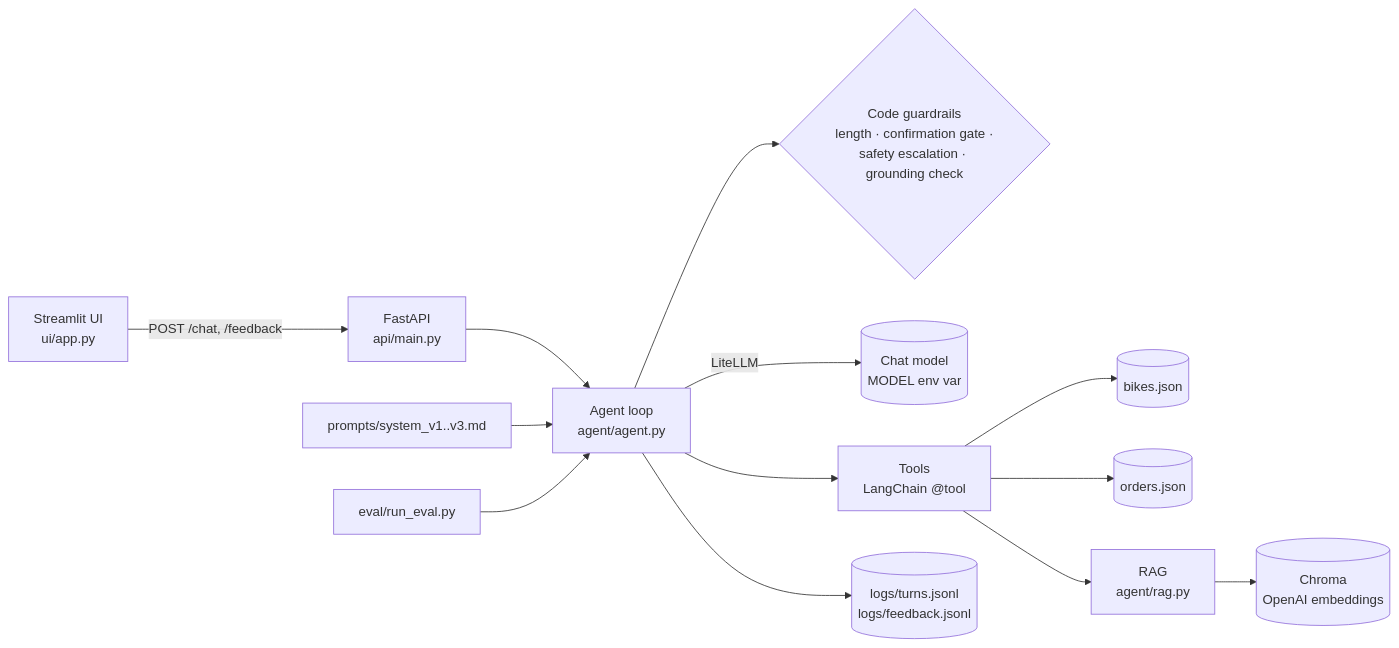
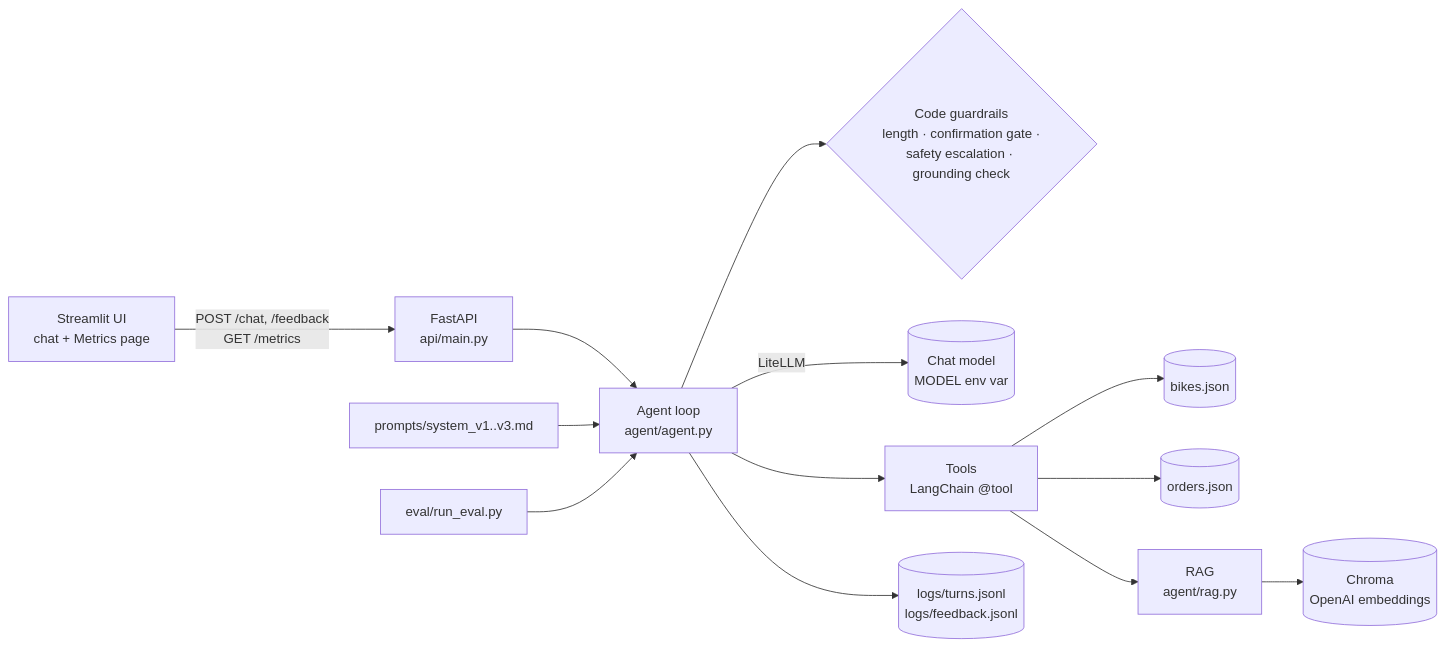
Before and after one commit to ShakibaShahidiani/bike-support-agent: the diagram in README.md, drawn with Mermaid. The commit also changed other lines of this file and 4 other files, not shown here.

Commit message:
Metrics: GET /metrics and a Streamlit Metrics page (CSAT proxy, latency p50/p95, cost, escalation/fallback rates per prompt version)

````diff
--- a/README.md
+++ b/README.md
@@ -12,15 +12,15 @@
 ```mermaid
 flowchart LR
-    UI[Streamlit UI<br/>ui/app.py] -->|POST /chat, /feedback| API[FastAPI<br/>api/main.py]
+    UI[Streamlit UI<br/>chat + Metrics page] -->|POST /chat, /feedback<br/>GET /metrics| API[FastAPI<br/>api/main.py]
     API --> AG[Agent loop<br/>agent/agent.py]
     AG --> GR{Code guardrails<br/>length · confirmation gate ·<br/>safety escalation · grounding check}
     AG -->|LiteLLM| LLM[(Chat model<br/>MODEL env var)]
     AG --> T[Tools<br/>LangChain @tool]
     T --> B[(bikes.json)]
     T --> O[(orders.json)]
     T --> R[RAG<br/>agent/rag.py]
     R --> C[(Chroma<br/>OpenAI embeddings)]
     AG --> L[(logs/turns.jsonl<br/>logs/feedback.jsonl)]
     P[prompts/system_v1..v3.md] --> AG
     E[eval/run_eval.py] --> AG
 ```
````
